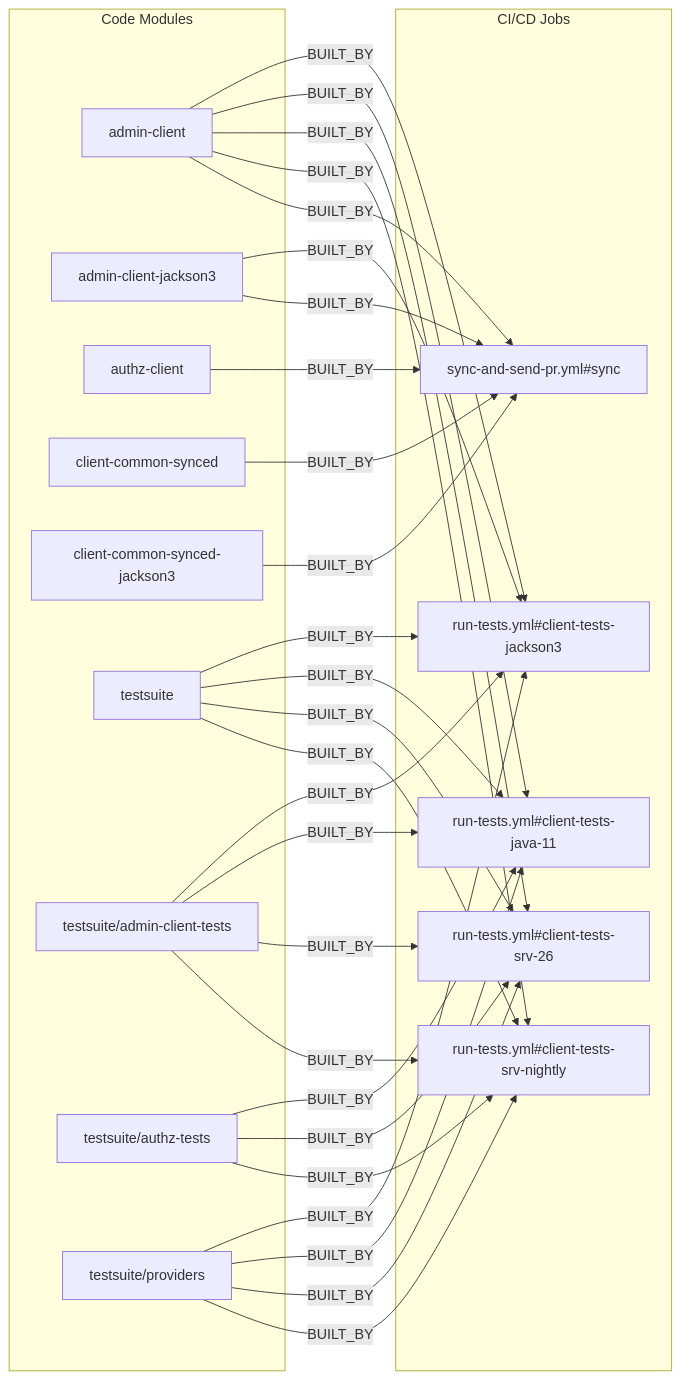
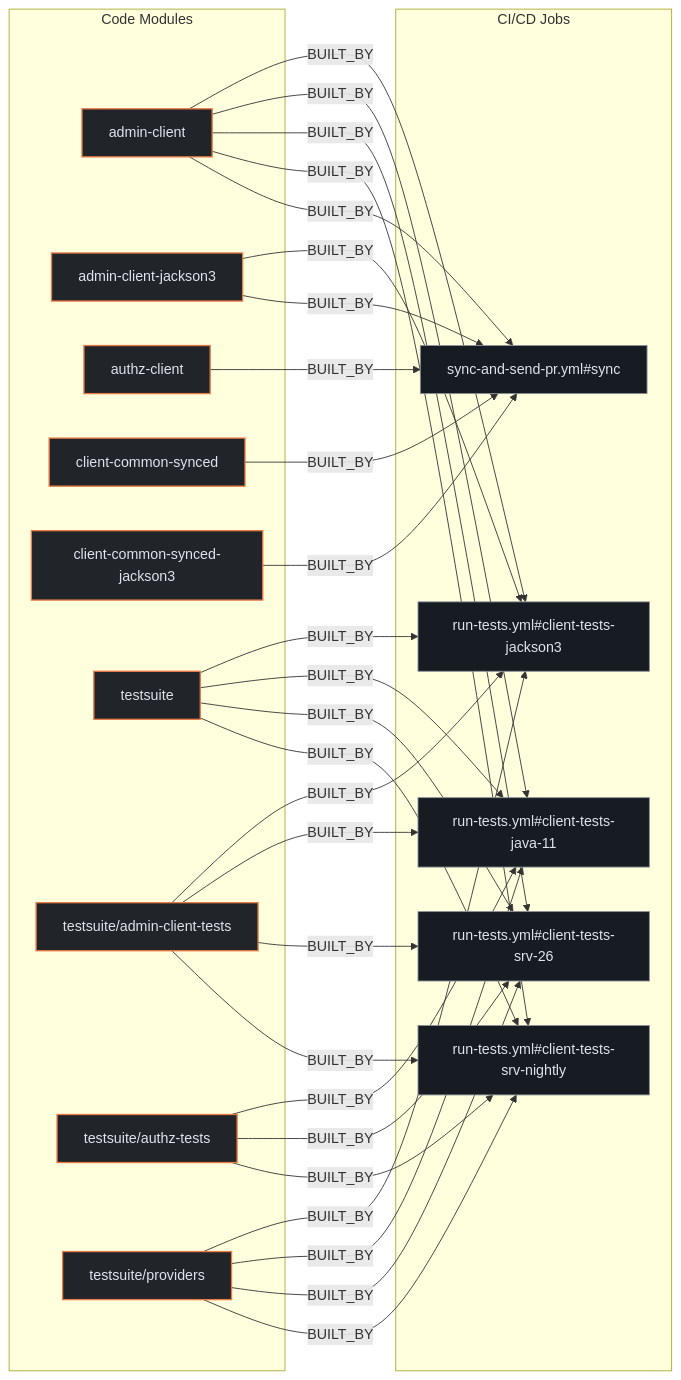
One commit to kumarshaz/atruss-code-atlas changed the second of 3 diagrams in exports/latest/reports/keycloak-keycloak-client-report.md. Above: the diagram before and after it, drawn with Mermaid. The commit also changed other lines of this file and 331 other files, not shown here.

Commit message:
docs,ui,fix: update SDLC docs, reorder CI/CD DAG first, stylize Mermaid, and fix Arc42 pipeline topology

````diff
--- a/exports/latest/reports/keycloak-keycloak-client-report.md
+++ b/exports/latest/reports/keycloak-keycloak-client-report.md
@@ -158,46 +165,50 @@
 ```mermaid
 flowchart LR
+    classDef atlasCategory fill:#212428,stroke:#E87A48,stroke-width:1.5px,color:#dfe3eb
+    classDef atlasWorkflow fill:#1b2026,stroke:#a3c9ff,stroke-width:1.5px,color:#dfe3eb
+    classDef atlasJob fill:#171c22,stroke:#8d9199,stroke-width:1px,color:#dfe3eb
+    classDef atlasTarget fill:#005227,stroke:#8bd99b,stroke-width:1.5px,color:#a7f6b6
     subgraph code_modules["Code Modules"]
-        mod_admin_client["admin-client"]
-        mod_admin_client_jackson3["admin-client-jackson3"]
-        mod_authz_client["authz-client"]
-        mod_client_common_synced["client-common-synced"]
-        mod_client_common_synced_jackson3["client-common-synced-jackson3"]
-        mod_testsuite["testsuite"]
-        mod_testsuite_admin_client_tests["testsuite/admin-client-tests"]
-        mod_testsuite_authz_tests["testsuite/authz-tests"]
-        mod_testsuite_providers["testsuite/providers"]
+        mod_admin_client["admin-client"]:::atlasCategory
+        mod_admin_client_jackson3["admin-client-jackson3"]:::atlasCategory
+        mod_authz_client["authz-client"]:::atlasCategory
+        mod_client_common_synced["client-common-synced"]:::atlasCategory
+        mod_client_common_synced_jackson3["client-common-synced-jackson3"]:::atlasCategory
+        mod_testsuite["testsuite"]:::atlasCategory
+        mod_testsuite_admin_client_tests["testsuite/admin-client-tests"]:::atlasCategory
+        mod_testsuite_authz_tests["testsuite/authz-tests"]:::atlasCategory
+        mod_testsuite_providers["testsuite/providers"]:::atlasCategory
     end
     subgraph ci_jobs["CI/CD Jobs"]
-        job_run_tests_yml_client_tests_jackson3["run-tests.yml#client-tests-jackson3"]
-        job_run_tests_yml_client_tests_java_11["run-tests.yml#client-tests-java-11"]
-        job_run_tests_yml_client_tests_srv_26["run-tests.yml#client-tests-srv-26"]
-        job_run_tests_yml_client_tests_srv_nightly["run-tests.yml#client-tests-srv-nightly"]
-        job_sync_and_send_pr_yml_sync["sync-and-send-pr.yml#sync"]
+        job_run_tests_yml_client_tests_jackson3["run-tests.yml#client-tests-jackson3"]:::atlasJob
+        job_run_tests_yml_client_tests_java_11["run-tests.yml#client-tests-java-11"]:::atlasJob
+        job_run_tests_yml_client_tests_srv_26["run-tests.yml#client-tests-srv-26"]:::atlasJob
+        job_run_tests_yml_client_tests_srv_nightly["run-tests.yml#client-tests-srv-nightly"]:::atlasJob
+        job_sync_and_send_pr_yml_sync["sync-and-send-pr.yml#sync"]:::atlasJob
     end
     mod_admin_client -->|BUILT_BY| job_run_tests_yml_client_tests_jackson3
     mod_admin_client -->|BUILT_BY| job_run_tests_yml_client_tests_java_11
     mod_admin_client -->|BUILT_BY| job_run_tests_yml_client_tests_srv_26
     mod_admin_client -->|BUILT_BY| job_run_tests_yml_client_tests_srv_nightly
     mod_admin_client -->|BUILT_BY| job_sync_and_send_pr_yml_sync
     mod_admin_client_jackson3 -->|BUILT_BY| job_run_tests_yml_client_tests_jackson3
     mod_admin_client_jackson3 -->|BUILT_BY| job_sync_and_send_pr_yml_sync
     mod_authz_client -->|BUILT_BY| job_sync_and_send_pr_yml_sync
     mod_client_common_synced -->|BUILT_BY| job_sync_and_send_pr_yml_sync
     mod_client_common_synced_jackson3 -->|BUILT_BY| job_sync_and_send_pr_yml_sync
     mod_testsuite -->|BUILT_BY| job_run_tests_yml_client_tests_jackson3
     mod_testsuite -->|BUILT_BY| job_run_tests_yml_client_tests_java_11
     mod_testsuite -->|BUILT_BY| job_run_tests_yml_client_tests_srv_26
     mod_testsuite -->|BUILT_BY| job_run_tests_yml_client_tests_srv_nightly
     mod_testsuite_admin_client_tests -->|BUILT_BY| job_run_tests_yml_client_tests_jackson3
     mod_testsuite_admin_client_tests -->|BUILT_BY| job_run_tests_yml_client_tests_java_11
     mod_testsuite_admin_client_tests -->|BUILT_BY| job_run_tests_yml_client_tests_srv_26
     mod_testsuite_admin_client_tests -->|BUILT_BY| job_run_tests_yml_client_tests_srv_nightly
     mod_testsuite_authz_tests -->|BUILT_BY| job_run_tests_yml_client_tests_java_11
     mod_testsuite_authz_tests -->|BUILT_BY| job_run_tests_yml_client_tests_srv_26
     mod_testsuite_authz_tests -->|BUILT_BY| job_run_tests_yml_client_tests_srv_nightly
     mod_testsuite_providers -->|BUILT_BY| job_run_tests_yml_client_tests_jackson3
     mod_testsuite_providers -->|BUILT_BY| job_run_tests_yml_client_tests_java_11
     mod_testsuite_providers -->|BUILT_BY| job_run_tests_yml_client_tests_srv_26
     mod_testsuite_providers -->|BUILT_BY| job_run_tests_yml_client_tests_srv_nightly
 ```
````
